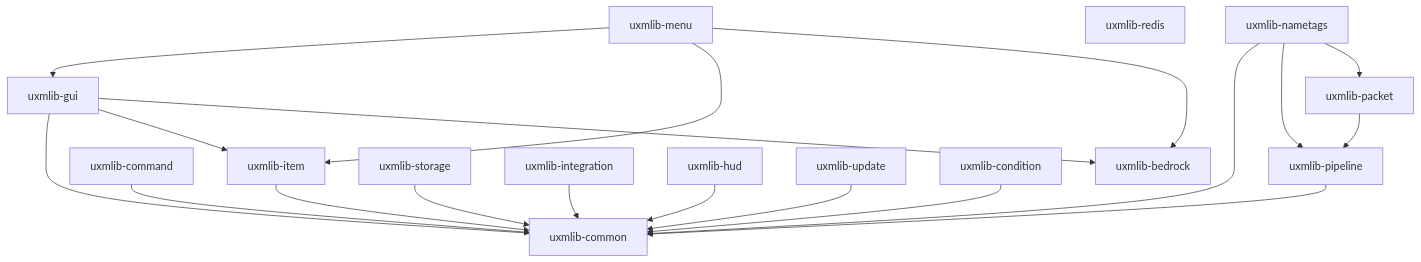
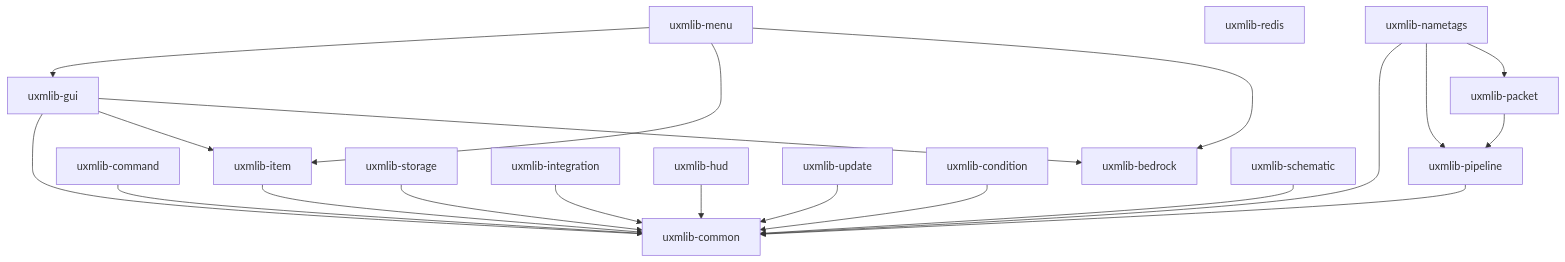
The diagram in README.md (UXPLIMA/uxm-lib), drawn with Mermaid before and after one commit. The commit also changed other lines of this file and 2 other files, not shown here.

Commit message:
Publish the schematic module in the BOM and the aggregate, and describe it

````diff
--- a/README.md
+++ b/README.md
@@ -125,24 +127,25 @@
 ```mermaid
 graph TD
     common[uxmlib-common]
     item[uxmlib-item] --> common
     command[uxmlib-command] --> common
     bedrock[uxmlib-bedrock]
     gui[uxmlib-gui] --> common
     gui --> item
     gui --> bedrock
     menu[uxmlib-menu] --> gui
     menu --> item
     menu --> bedrock
     storage[uxmlib-storage] --> common
     integration[uxmlib-integration] --> common
     hud[uxmlib-hud] --> common
     update[uxmlib-update] --> common
     condition[uxmlib-condition] --> common
     redis[uxmlib-redis]
     pipeline[uxmlib-pipeline] --> common
     packet[uxmlib-packet] --> pipeline
     nametags[uxmlib-nametags] --> common
     nametags --> pipeline
     nametags --> packet
+    schematic[uxmlib-schematic] --> common
 ```
````
